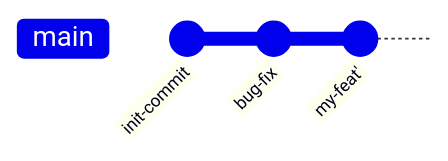
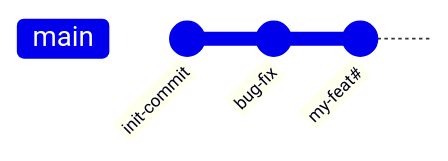
One commit to lizsalmon/iCSC-Git-talk changed diagram 25 of 25 in slides.md. Above: the diagram before and after it, drawn with Mermaid. The commit also changed other lines of this file, not shown here.

````diff
--- a/slides.md
+++ b/slides.md
@@ -1429,7 +1429,7 @@
 ```mermaid
 gitGraph
   commit id: "init-commit"
   commit id: "bug-fix"
-  commit id: "my-feat'"
+  commit id: "my-feat#"
 
 ```
````
